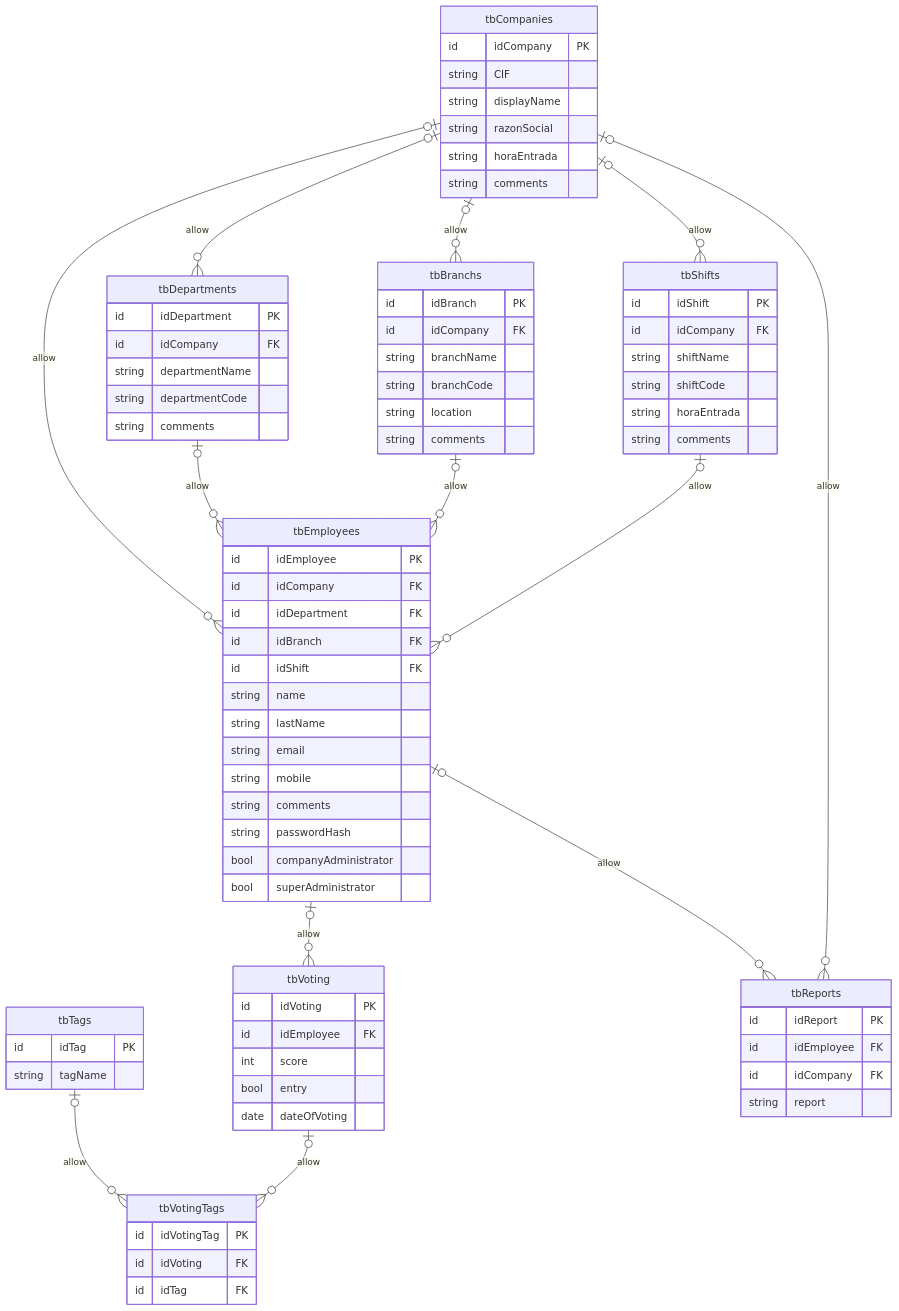
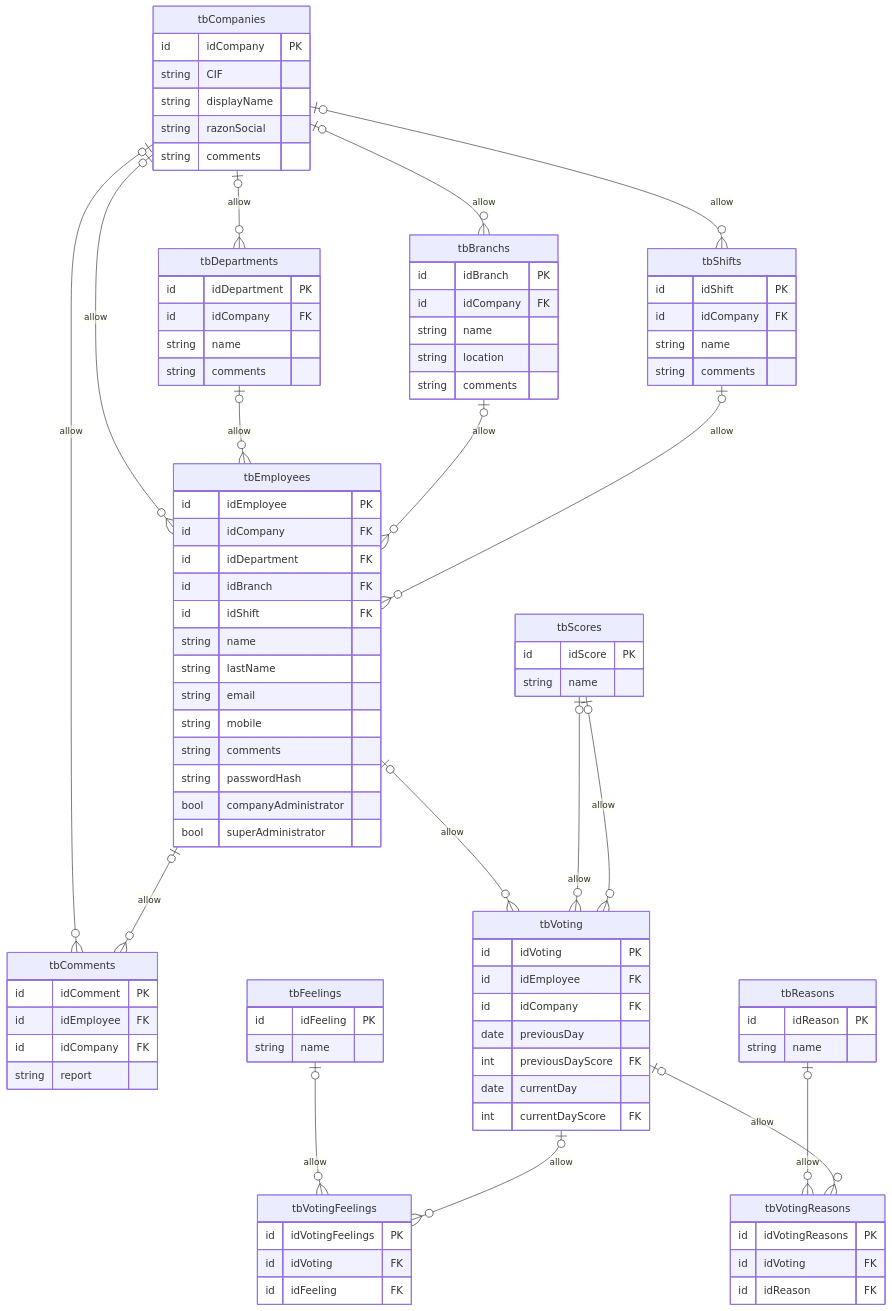
Before and after one commit to alexBasurto/tripulaciones_back: the diagram in docu/NOTAS.md, drawn with Mermaid.

Commit message:
diagrama bbdd en NOTAS.md actualizado

```diff
--- a/docu/NOTAS.md
+++ b/docu/NOTAS.md
@@ -51,44 +51,41 @@
         string CIF
         string displayName
         string razonSocial
-        string horaEntrada
         string comments
     }
+    tbCompanies |o--o{ tbDepartments : allow
+    tbCompanies |o--o{ tbBranchs : allow
+    tbCompanies |o--o{ tbShifts : allow
+    tbCompanies |o--o{ tbEmployees : allow
+    tbCompanies |o--o{ tbComments : allow
 
-    tbCompanies |o--o{ tbDepartments : allow
     tbDepartments {
         id idDepartment PK
         id idCompany FK
-        string departmentName
-        string departmentCode
+        string name
         string comments
     }
+    tbDepartments |o--o{ tbEmployees : allow
 
-    tbCompanies |o--o{ tbBranchs : allow
+    
     tbBranchs {
         id idBranch PK
         id idCompany FK
-        string branchName
-        string branchCode
+        string name
         string location
         string comments
     }
+    tbBranchs |o--o{ tbEmployees : allow
 
-    tbCompanies |o--o{ tbShifts : allow
     tbShifts {
         id idShift PK
         id idCompany FK
-        string shiftName
-        string shiftCode
-        string horaEntrada
+        string name
         string comments
 
     }
+    tbShifts |o--o{ tbEmployees : allow
 
-    tbCompanies |o--o{ tbEmployees : allow
-    tbDepartments |o--o{ tbEmployees : allow
-    tbBranchs |o--o{ tbEmployees : allow
-    tbShifts |o--o{ tbEmployees : allow
     tbEmployees {
         id idEmployee PK
         id idCompany FK
@@ -104,33 +101,55 @@
         bool companyAdministrator
         bool superAdministrator
     }
+    tbEmployees |o--o{ tbVoting : allow
+    tbEmployees |o--o{ tbComments : allow
 
-    tbEmployees |o--o{ tbVoting : allow
+    tbScores |o--o{ tbVoting : allow
+    tbScores |o--o{ tbVoting : allow
+    tbScores {
+        id idScore PK
+        string name
+    }
+
+    tbFeelings {
+        id idFeeling PK
+        string name
+    }
+    tbFeelings |o--o{ tbVotingFeelings : allow
+
+    tbReasons {
+        id idReason PK
+        string name
+    }
+    tbReasons |o--o{ tbVotingReasons : allow
+    
     tbVoting {
         id idVoting PK
         id idEmployee FK
-        int score
-        bool entry
-        date dateOfVoting
+        id idCompany FK
+        date previousDay
+        int previousDayScore FK
+        date currentDay
+        int currentDayScore FK
+    }
+    tbVoting |o--o{ tbVotingFeelings : allow
+    tbVoting |o--o{ tbVotingReasons : allow
+
+    tbVotingFeelings {
+        id idVotingFeelings PK
+        id idVoting FK
+        id idFeeling FK
     }
 
-    tbTags {
-        id idTag PK
-        string tagName
+    tbVotingReasons {
+        id idVotingReasons PK
+        id idVoting FK
+        id idReason FK
     }
 
-    tbTags |o--o{ tbVotingTags : allow
-    tbVoting |o--o{ tbVotingTags : allow
-    tbVotingTags {
-        id idVotingTag PK
-        id idVoting FK
-        id idTag FK
-    }
 
-    tbEmployees |o--o{ tbReports : allow
-    tbCompanies |o--o{ tbReports : allow
-    tbReports {
-        id idReport PK
+    tbComments {
+        id idComment PK
         id idEmployee FK
         id idCompany FK
         string report
```
